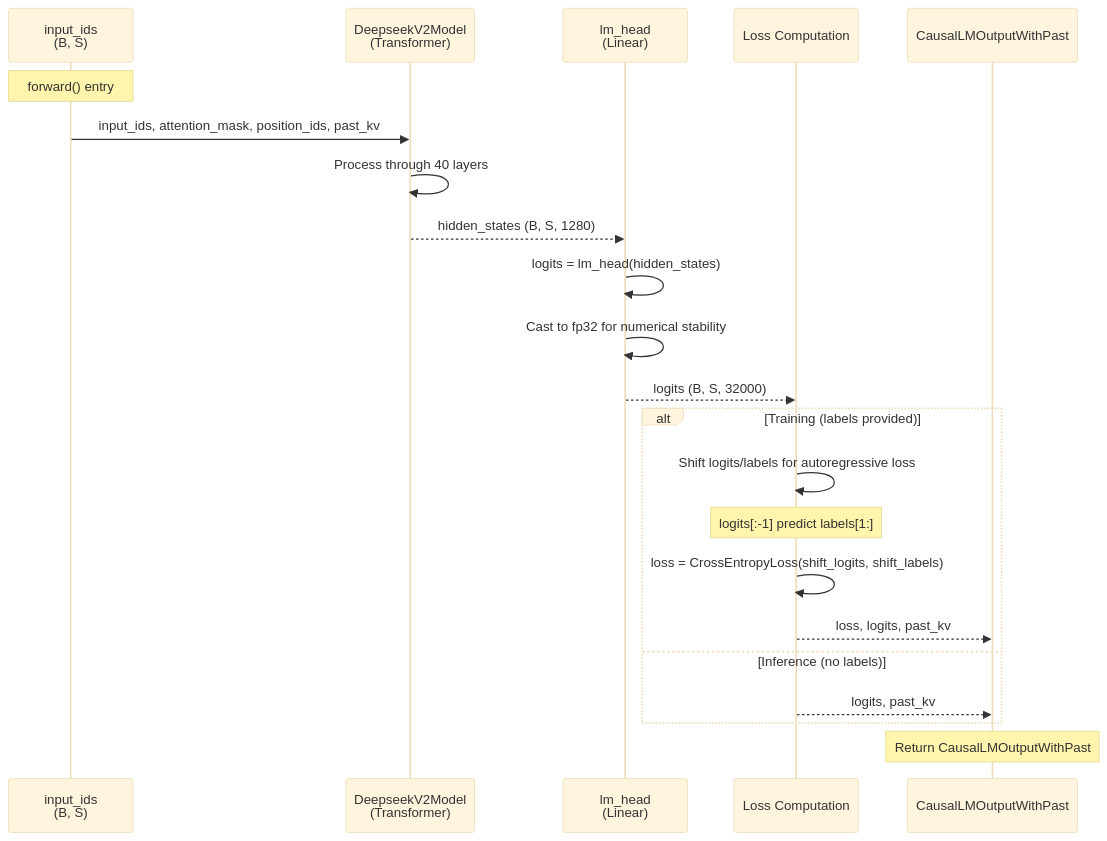
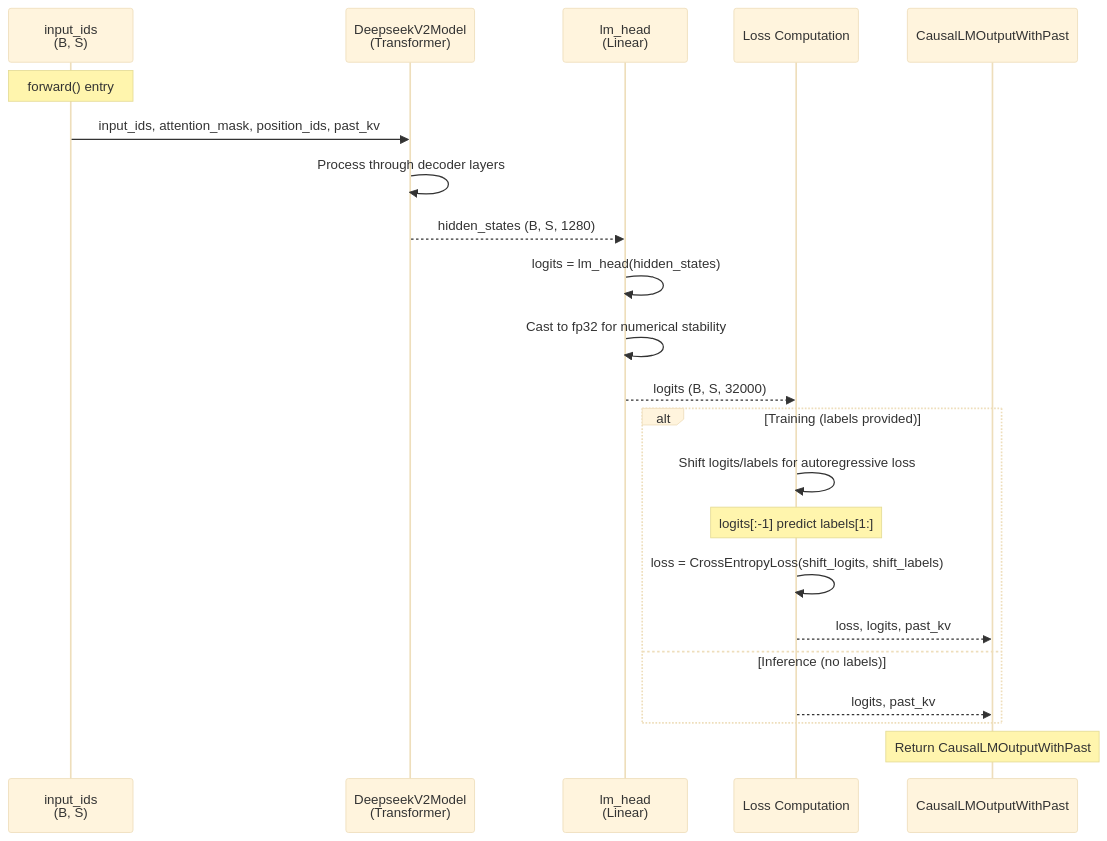
Before and after one commit to CodeGandee/llm-perf-opt: the diagram in context/hints/dsocr-kb/ops/op-DeepseekV2ForCausalLM.md, drawn with Mermaid (base theme). The commit also changed other lines of this file and 16 other files, not shown here.

````diff
--- a/context/hints/dsocr-kb/ops/op-DeepseekV2ForCausalLM.md
+++ b/context/hints/dsocr-kb/ops/op-DeepseekV2ForCausalLM.md
@@ -69,29 +61,29 @@
 ```mermaid
 sequenceDiagram
     participant Input as input_ids<br/>(B, S)
     participant Model as DeepseekV2Model<br/>(Transformer)
     participant Head as lm_head<br/>(Linear)
     participant Loss as Loss Computation
     participant Output as CausalLMOutputWithPast
 
     Note over Input: forward() entry
 
     Input->>Model: input_ids, attention_mask, position_ids, past_kv
-    Model->>Model: Process through 40 layers
+    Model->>Model: Process through decoder layers
     Model-->>Head: hidden_states (B, S, 1280)
 
     Head->>Head: logits = lm_head(hidden_states)
     Head->>Head: Cast to fp32 for numerical stability
     Head-->>Loss: logits (B, S, 32000)
 
     alt Training (labels provided)
         Loss->>Loss: Shift logits/labels for autoregressive loss
         Note over Loss: logits[:-1] predict labels[1:]
         Loss->>Loss: loss = CrossEntropyLoss(shift_logits, shift_labels)
         Loss-->>Output: loss, logits, past_kv
     else Inference (no labels)
         Loss-->>Output: logits, past_kv
     end
 
     Note over Output: Return CausalLMOutputWithPast
 ```
````
